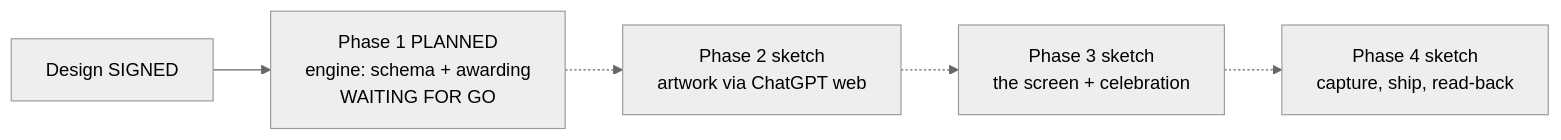
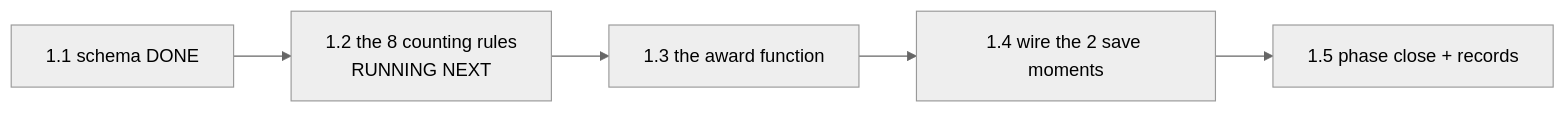
Before and after one commit to dkreinov/magic-clinic-english: the diagram in .oplan/word-trophies/STATUS.md, drawn with Mermaid (neutral theme). The commit also changed other lines of this file and 2 other files, not shown here.

Commit message:
oplan: word-trophies step 1.1 accepted (50cff3b) — records; GO + autonomous-in-phase-1 logged, BASE recorded

````diff
--- a/.oplan/word-trophies/STATUS.md
+++ b/.oplan/word-trophies/STATUS.md
@@ -10,7 +9,7 @@
 ```mermaid
 flowchart LR
-    D[Design SIGNED] --> P1[Phase 1 PLANNED<br/>engine: schema + awarding<br/>WAITING FOR GO]
-    P1 -.-> P2[Phase 2 sketch<br/>artwork via ChatGPT web]
-    P2 -.-> P3[Phase 3 sketch<br/>the screen + celebration]
-    P3 -.-> P4[Phase 4 sketch<br/>capture, ship, read-back]
+    S11[1.1 schema DONE] --> S12[1.2 the 8 counting rules<br/>RUNNING NEXT]
+    S12 --> S13[1.3 the award function]
+    S13 --> S14[1.4 wire the 2 save moments]
+    S14 --> S15[1.5 phase close + records]
 ```
````
